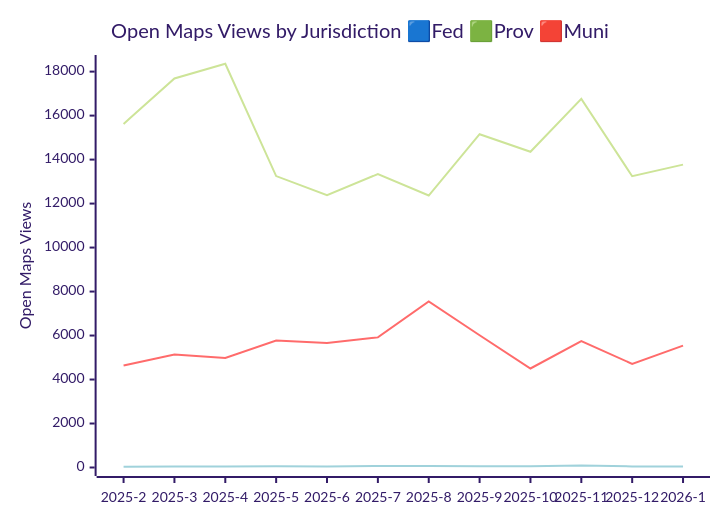
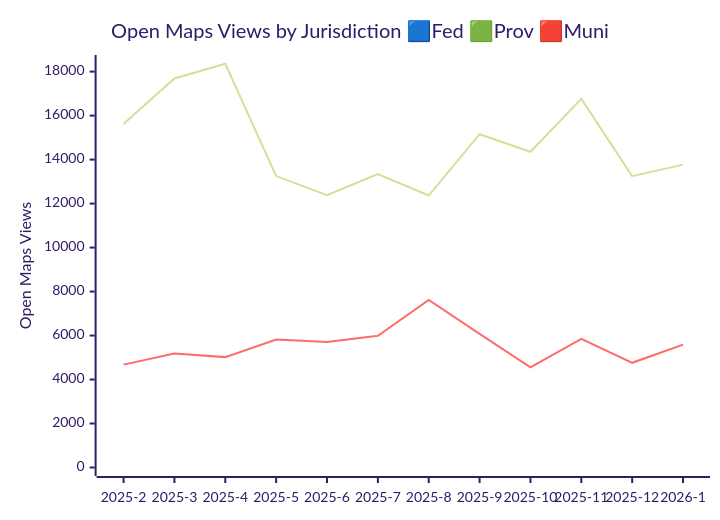
One commit to open-data/analytics-corporate-reporting changed the third of 3 diagrams in JURISDICTION_ANALYTICS_REPORT/readme.md. Above: the diagram before and after it, drawn with Mermaid (forest theme). The commit also changed other lines of this file and 3 other files, not shown here.

````diff
--- a/JURISDICTION_ANALYTICS_REPORT/readme.md
+++ b/JURISDICTION_ANALYTICS_REPORT/readme.md
@@ -41,10 +41,9 @@
 ```mermaid
 
 xychart-beta
     title "Open Maps Views by Jurisdiction 🟦Fed 🟩Prov 🟥Muni"
     x-axis [2025-2, 2025-3, 2025-4, 2025-5, 2025-6, 2025-7, 2025-8, 2025-9, 2025-10, 2025-11, 2025-12, 2026-1]
     y-axis "Open Maps Views" 0 --> 18369
     line [15623, 17687, 18359, 13250, 12379, 13343, 12366, 15153, 14355, 16762, 13244, 13771]
-    line [4639, 5141, 4978, 5770, 5662, 5916, 7550, 6013, 4503, 5751, 4711, 5541]
-    line [38, 44, 41, 52, 45, 69, 67, 61, 52, 94, 49, 46]
+    line [4677, 5185, 5019, 5822, 5707, 5985, 7617, 6074, 4555, 5845, 4760, 5587]
 ```
````
